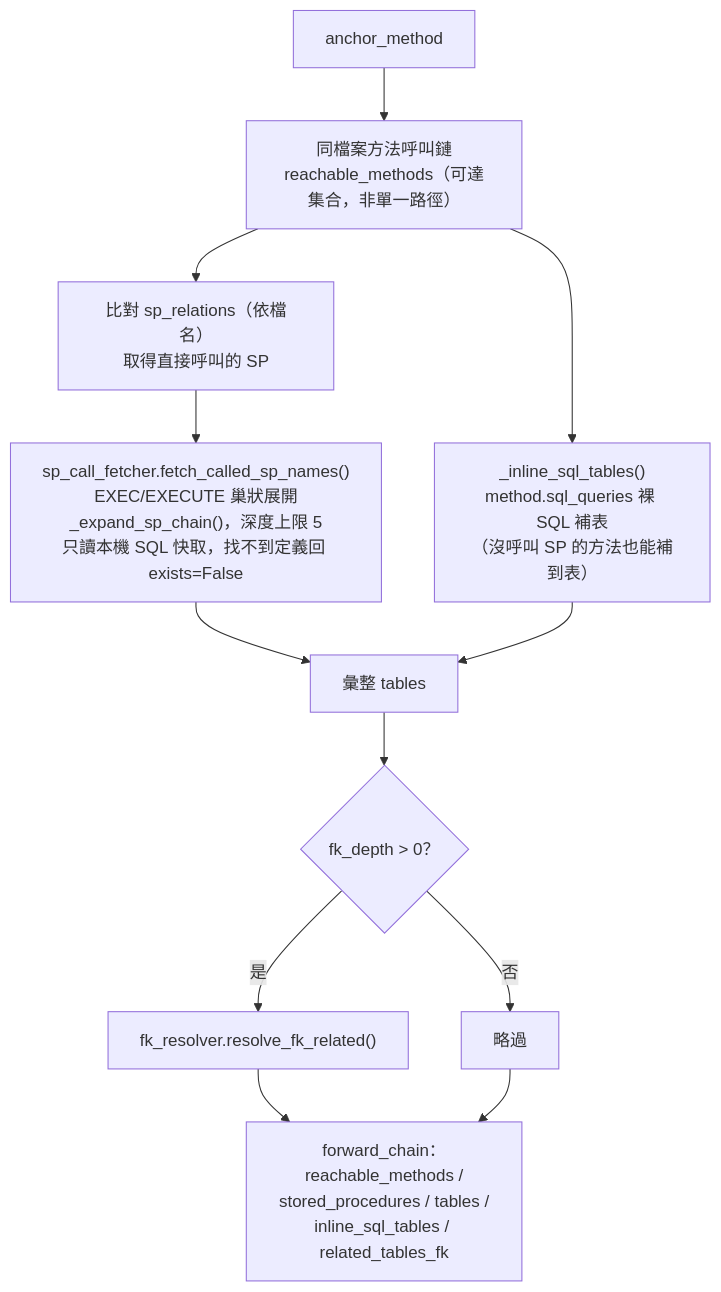
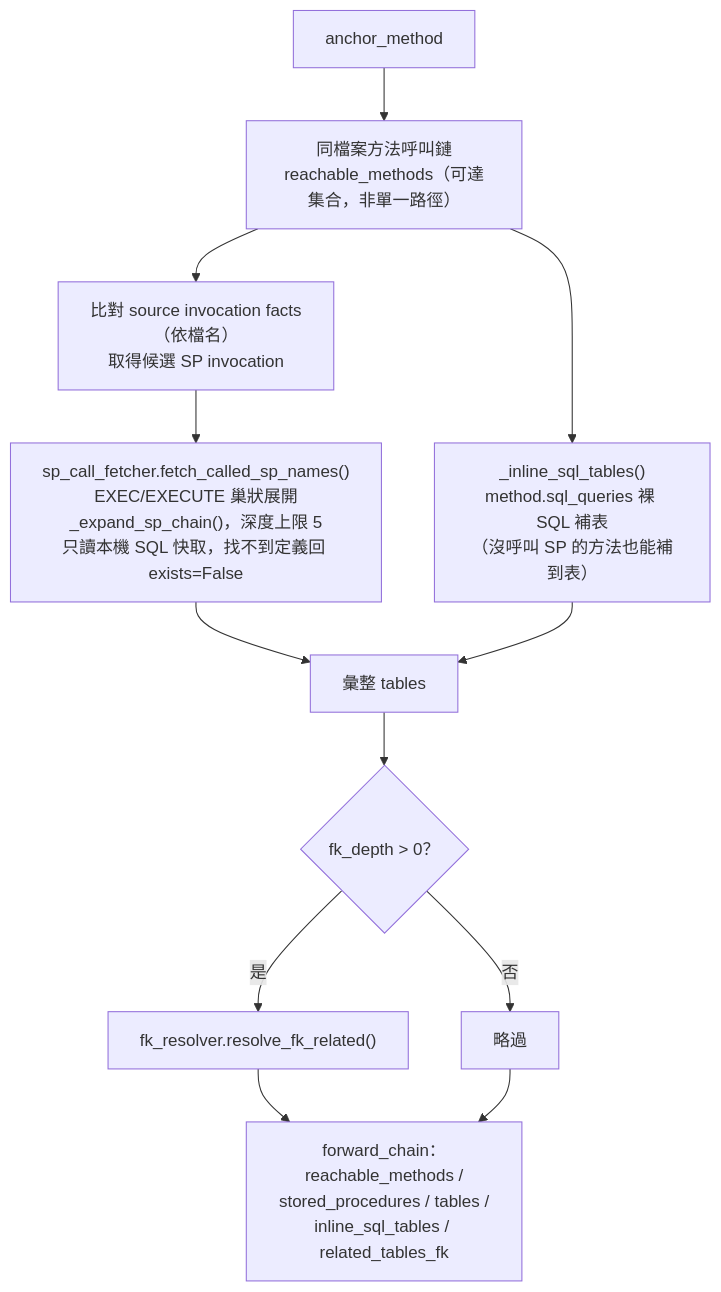
Before and after one commit to vy088772/Impact_analysis_system: the eighth of 11 diagrams in docs/流程圖.md, drawn with Mermaid. The commit also changed other lines of this file and 12 other files, not shown here.

````diff
--- a/docs/流程圖.md
+++ b/docs/流程圖.md
@@ -445,14 +531,14 @@
 ```mermaid
 flowchart TD
     A["anchor_method"] --> B["同檔案方法呼叫鏈<br/>reachable_methods（可達集合，非單一路徑）"]
-    B --> C["比對 sp_relations（依檔名）<br/>取得直接呼叫的 SP"]
+    B --> C["比對 source invocation facts（依檔名）<br/>取得候選 SP invocation"]
     C --> D["sp_call_fetcher.fetch_called_sp_names()<br/>EXEC/EXECUTE 巢狀展開<br/>_expand_sp_chain()，深度上限 5<br/>只讀本機 SQL 快取，找不到定義回 exists=False"]
     B --> E["_inline_sql_tables()<br/>method.sql_queries 裸 SQL 補表<br/>（沒呼叫 SP 的方法也能補到表）"]
     D --> F["彙整 tables"]
     E --> F
     F --> G{"fk_depth > 0？"}
     G -- 是 --> H["fk_resolver.resolve_fk_related()"]
     G -- 否 --> I["略過"]
     H --> J["forward_chain：reachable_methods /<br/>stored_procedures / tables /<br/>inline_sql_tables / related_tables_fk"]
     I --> J
 ```
````
